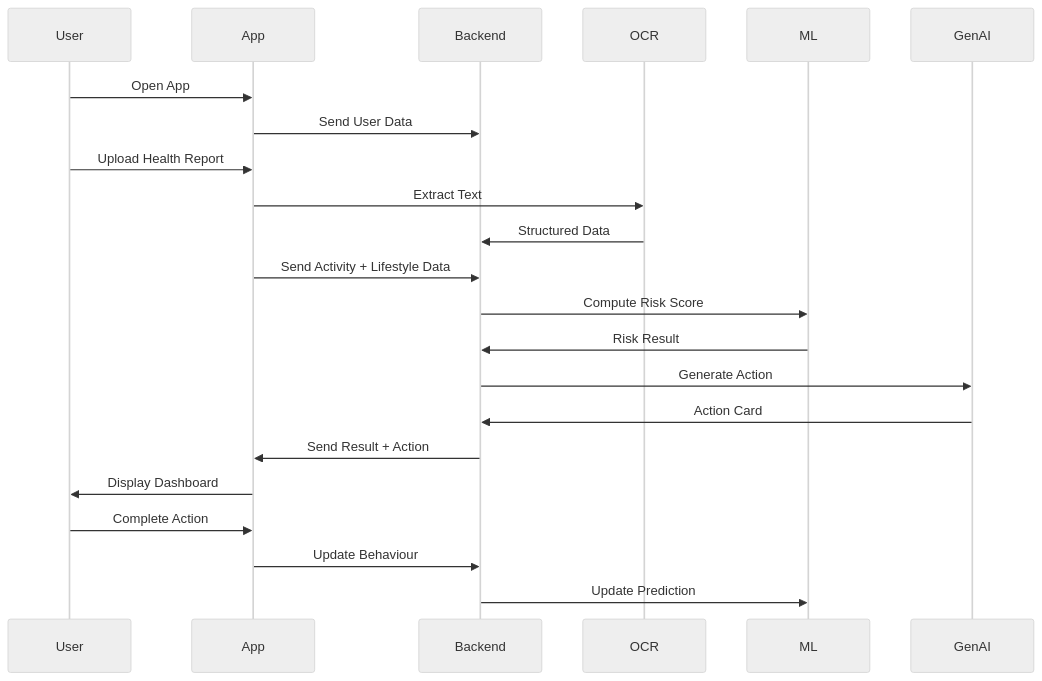
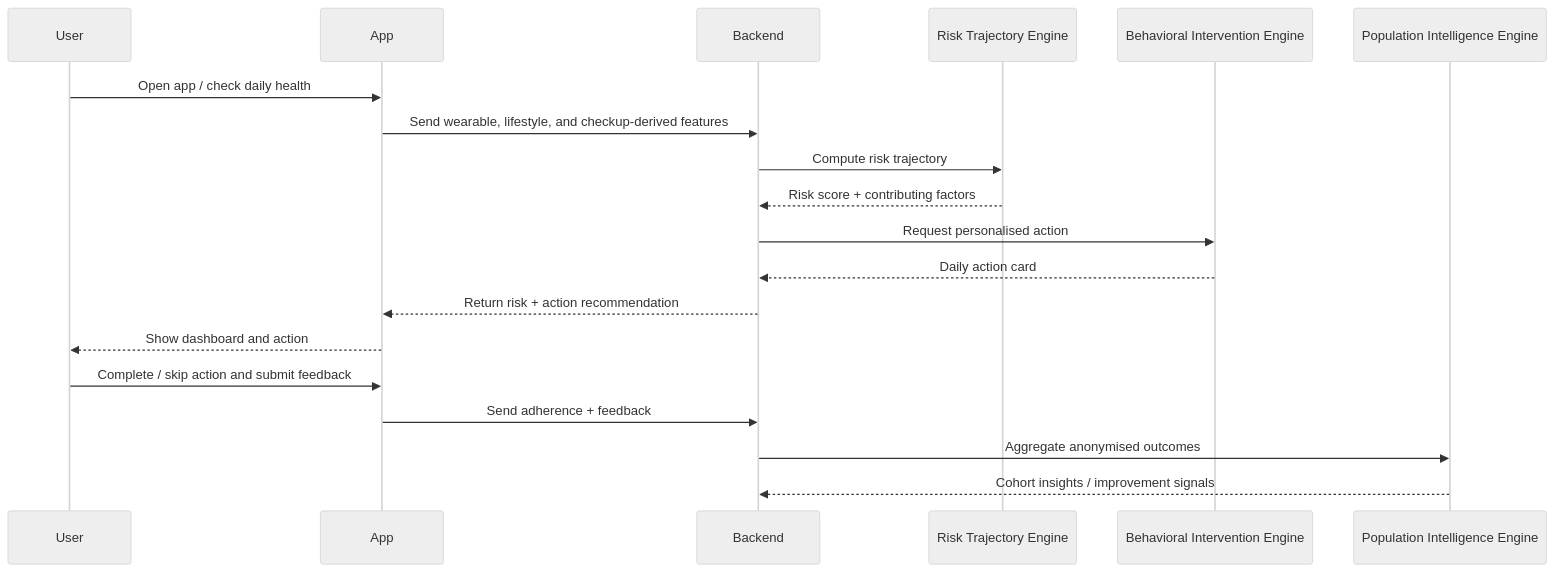
The fifth of 6 diagrams in README.md (patorsiang/synchealth-remission), drawn with Mermaid (neutral theme) before and after one commit. The commit also changed other lines of this file, not shown here.

````diff
--- a/README.md
+++ b/README.md
@@ -510,32 +609,28 @@
 ```mermaid
-
 sequenceDiagram
 
 participant User
 participant App
 participant Backend
-participant OCR
-participant ML
-participant GenAI
+participant Risk as Risk Trajectory Engine
+participant Intervention as Behavioral Intervention Engine
+participant Population as Population Intelligence Engine
 
-User->>App: Open App
-App->>Backend: Send User Data
+User->>App: Open app / check daily health
+App->>Backend: Send wearable, lifestyle, and checkup-derived features
 
-User->>App: Upload Health Report
-App->>OCR: Extract Text
-OCR->>Backend: Structured Data
+Backend->>Risk: Compute risk trajectory
+Risk-->>Backend: Risk score + contributing factors
 
-App->>Backend: Send Activity + Lifestyle Data
-Backend->>ML: Compute Risk Score
-ML->>Backend: Risk Result
+Backend->>Intervention: Request personalised action
+Intervention-->>Backend: Daily action card
 
-Backend->>GenAI: Generate Action
-GenAI->>Backend: Action Card
+Backend-->>App: Return risk + action recommendation
+App-->>User: Show dashboard and action
 
-Backend->>App: Send Result + Action
-App->>User: Display Dashboard
+User->>App: Complete / skip action and submit feedback
+App->>Backend: Send adherence + feedback
 
-User->>App: Complete Action
-App->>Backend: Update Behaviour
-Backend->>ML: Update Prediction
+Backend->>Population: Aggregate anonymised outcomes
+Population-->>Backend: Cohort insights / improvement signals
 ```
````
